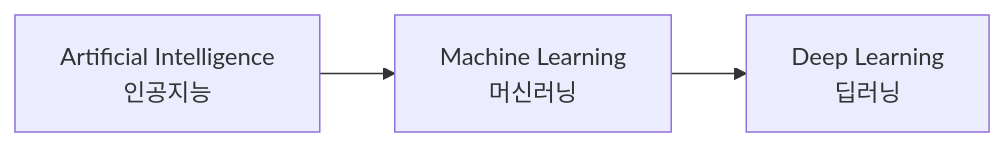
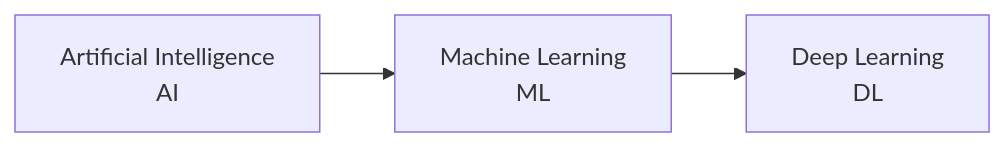
The first of 4 diagrams in Classroom/PYTHON-2026-09/Intermediate/Lecture/Week-07/README.md (JSeong2024/MYPAUL-PYTHONEDU), drawn with Mermaid before and after one commit. The commit also changed other lines of this file and 12 other files, not shown here.

Commit message:
Update Week-07 AI and Machine Learning materials

````diff
--- a/Classroom/PYTHON-2026-09/Intermediate/Lecture/Week-07/README.md
+++ b/Classroom/PYTHON-2026-09/Intermediate/Lecture/Week-07/README.md
@@ -118,5 +115,5 @@
 ```mermaid
 graph LR
-    AI[Artificial Intelligence<br/>인공지능] --> ML[Machine Learning<br/>머신러닝]
-    ML --> DL[Deep Learning<br/>딥러닝]
+    A[Artificial Intelligence<br/>AI] --> B[Machine Learning<br/>ML]
+    B --> C[Deep Learning<br/>DL]
 ```
````
